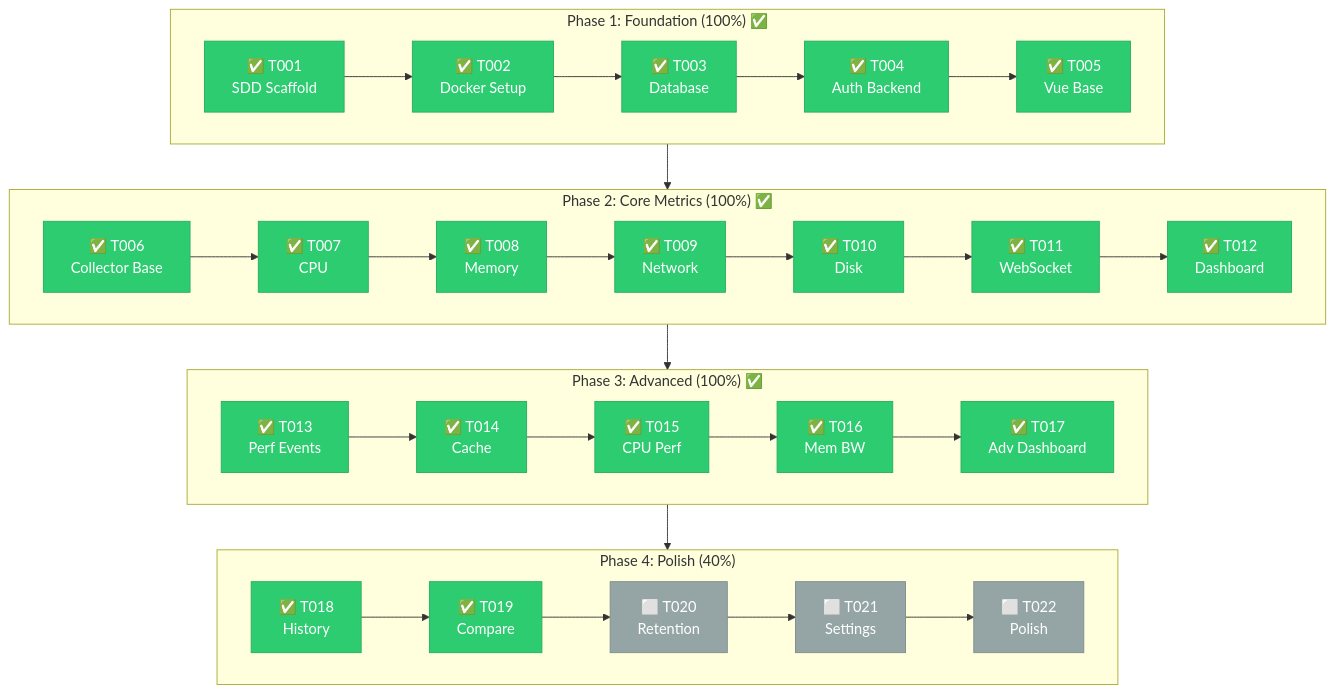
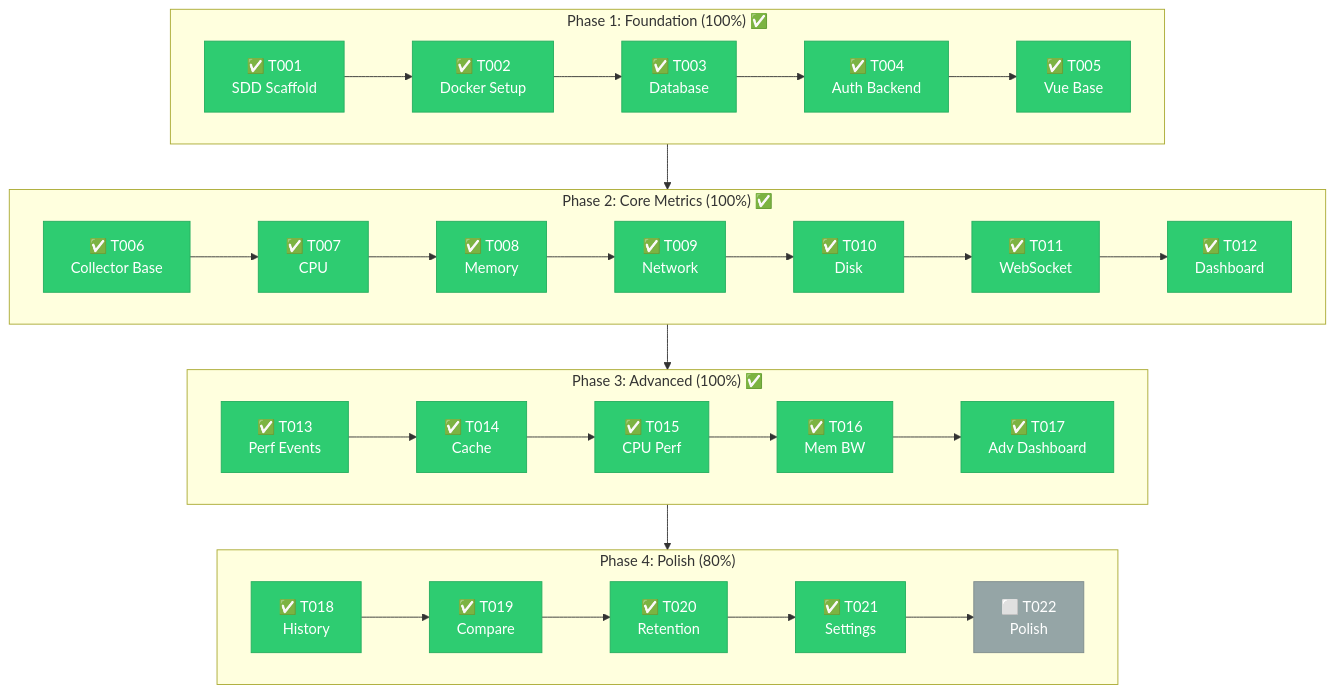
One commit to zhyndalf/perfwatch changed the diagram in README.md. Above: the diagram before and after it, drawn with Mermaid. The commit also changed other lines of this file and 17 other files, not shown here.

````diff
--- a/README.md
+++ b/README.md
@@ -19,50 +19,50 @@
 ```mermaid
 flowchart TB
     subgraph P1["Phase 1: Foundation (100%) ✅"]
         T001["✅ T001<br/>SDD Scaffold"]
         T002["✅ T002<br/>Docker Setup"]
         T003["✅ T003<br/>Database"]
         T004["✅ T004<br/>Auth Backend"]
         T005["✅ T005<br/>Vue Base"]
         T001 --> T002 --> T003 --> T004 --> T005
     end
 
     subgraph P2["Phase 2: Core Metrics (100%) ✅"]
         T006["✅ T006<br/>Collector Base"]
         T007["✅ T007<br/>CPU"]
         T008["✅ T008<br/>Memory"]
         T009["✅ T009<br/>Network"]
         T010["✅ T010<br/>Disk"]
         T011["✅ T011<br/>WebSocket"]
         T012["✅ T012<br/>Dashboard"]
         T006 --> T007 --> T008 --> T009 --> T010 --> T011 --> T012
     end
 
     subgraph P3["Phase 3: Advanced (100%) ✅"]
         T013["✅ T013<br/>Perf Events"]
         T014["✅ T014<br/>Cache"]
         T015["✅ T015<br/>CPU Perf"]
         T016["✅ T016<br/>Mem BW"]
         T017["✅ T017<br/>Adv Dashboard"]
         T013 --> T014 --> T015 --> T016 --> T017
     end
 
-    subgraph P4["Phase 4: Polish (40%)"]
+    subgraph P4["Phase 4: Polish (80%)"]
         T018["✅ T018<br/>History"]
         T019["✅ T019<br/>Compare"]
-        T020["⬜ T020<br/>Retention"]
-        T021["⬜ T021<br/>Settings"]
+        T020["✅ T020<br/>Retention"]
+        T021["✅ T021<br/>Settings"]
         T022["⬜ T022<br/>Polish"]
         T018 --> T019 --> T020 --> T021 --> T022
     end
 
     P1 --> P2 --> P3 --> P4
 
     %% Styles
     classDef done fill:#2ecc71,stroke:#27ae60,color:#fff
     classDef progress fill:#f39c12,stroke:#e67e22,color:#fff
     classDef todo fill:#95a5a6,stroke:#7f8c8d,color:#fff
 
-    class T001,T002,T003,T004,T005,T006,T007,T008,T009,T010,T011,T012,T013,T014,T015,T016,T017,T018,T019 done
-    class T020,T021,T022 todo
+    class T001,T002,T003,T004,T005,T006,T007,T008,T009,T010,T011,T012,T013,T014,T015,T016,T017,T018,T019,T020,T021 done
+    class T022 todo
 ```
````
